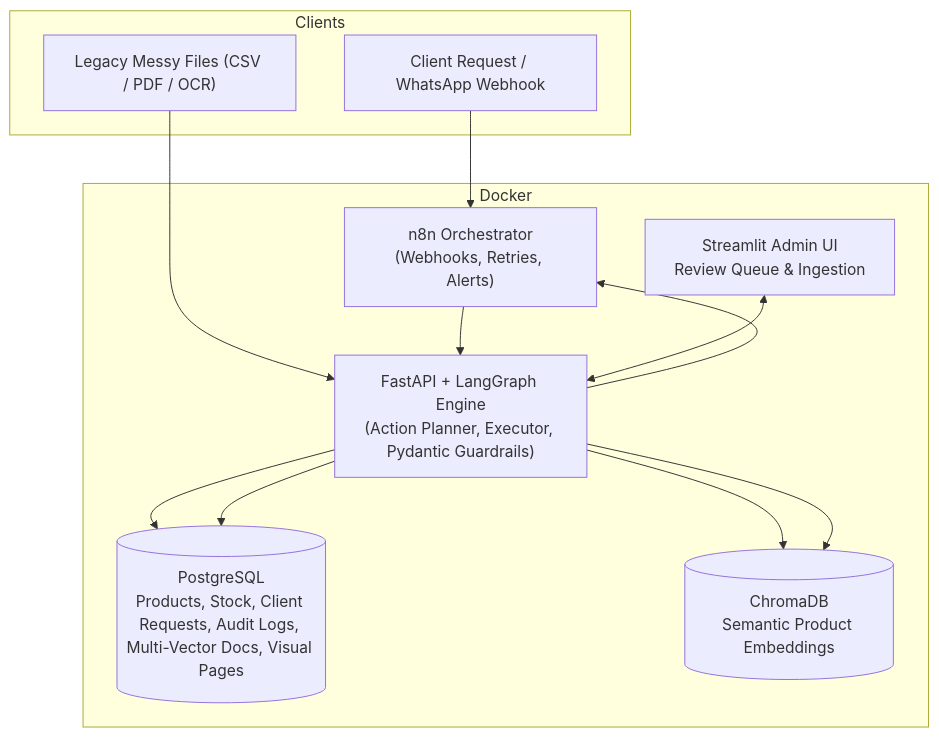
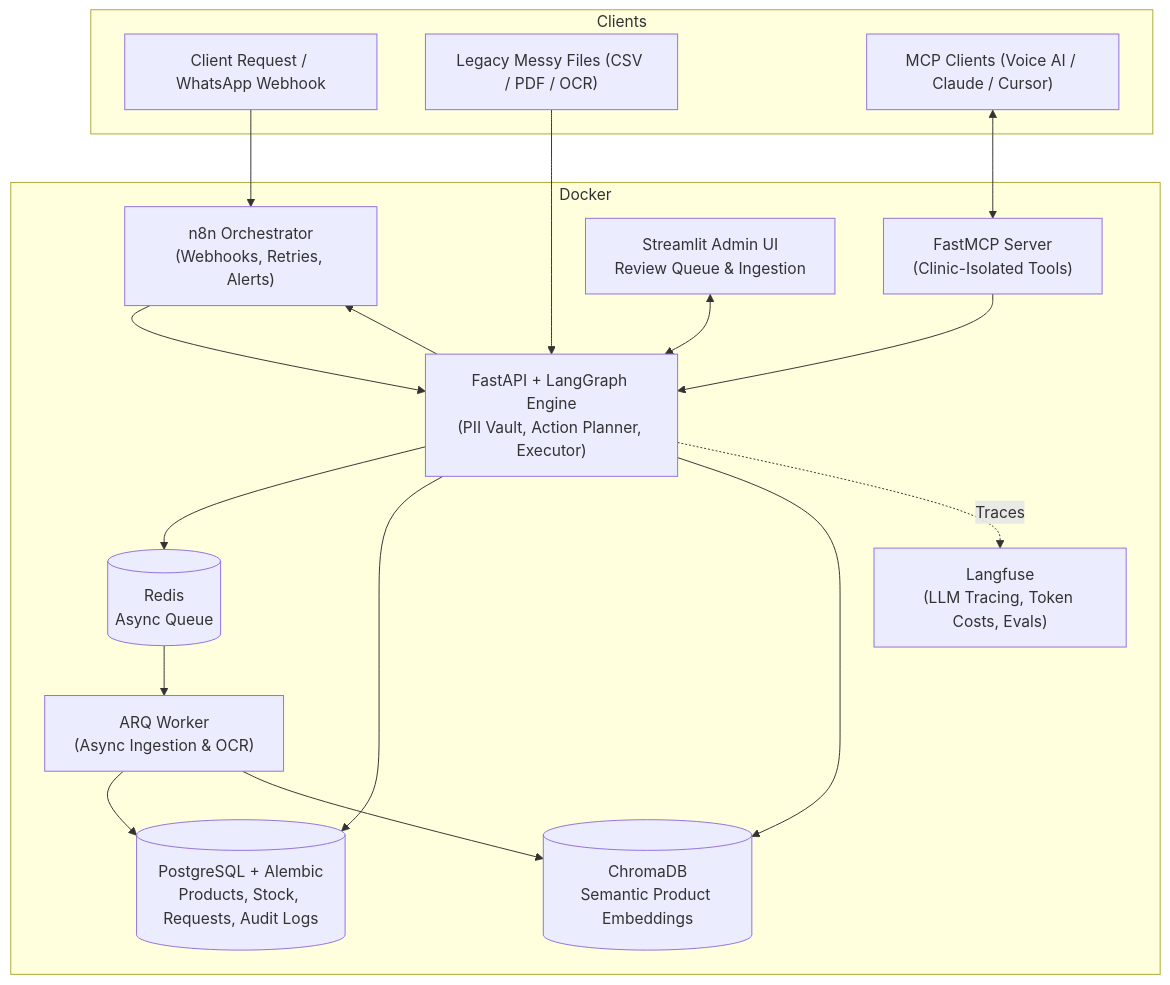
The diagram in README.md (adiljouahri/medsupplyflow-AI-RAG), drawn with Mermaid before and after one commit.

Commit message:
docs: update README Mermaid architecture diagram

````diff
--- a/README.md
+++ b/README.md
@@ -37,24 +37,30 @@
 ```mermaid
 flowchart TB
     subgraph Clients
         W["Client Request / WhatsApp Webhook"]
         F["Legacy Messy Files (CSV / PDF / OCR)"]
+        MCP_C["MCP Clients (Voice AI / Claude / Cursor)"]
     end
 
     subgraph Docker
         N8N["n8n Orchestrator\n(Webhooks, Retries, Alerts)"]
-        API["FastAPI + LangGraph Engine\n(Action Planner, Executor, Pydantic Guardrails)"]
-        PG[("PostgreSQL\nProducts, Stock, Client Requests, Audit Logs, Multi-Vector Docs, Visual Pages")]
+        API["FastAPI + LangGraph Engine\n(PII Vault, Action Planner, Executor)"]
+        MCP["FastMCP Server\n(Clinic-Isolated Tools)"]
+        REDIS[("Redis\nAsync Queue")]
+        WORKER["ARQ Worker\n(Async Ingestion & OCR)"]
+        PG[("PostgreSQL + Alembic\nProducts, Stock, Requests, Audit Logs")]
         CH[("ChromaDB\nSemantic Product Embeddings")]
+        LF["Langfuse\n(LLM Tracing, Token Costs, Evals)"]
         UI["Streamlit Admin UI\nReview Queue & Ingestion"]
     end
 
     F --> API
-    API --> PG
-    API --> CH
-    W --> N8N
-    N8N --> API
-    API --> CH & PG
+    API --> REDIS --> WORKER
+    WORKER --> PG & CH
+    API --> PG & CH
+    API -.->|Traces| LF
+    W --> N8N --> API
     API --> N8N
+    MCP_C <--> MCP --> API
     UI <--> API
 ```
````
